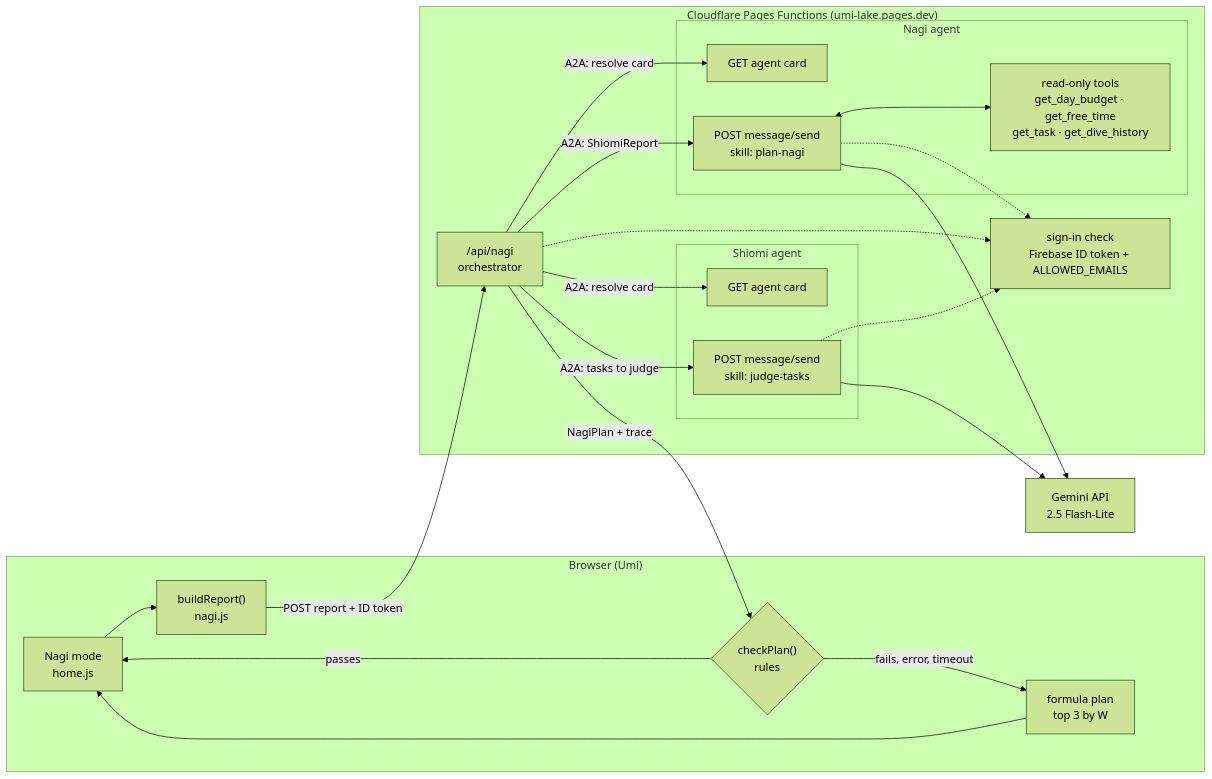
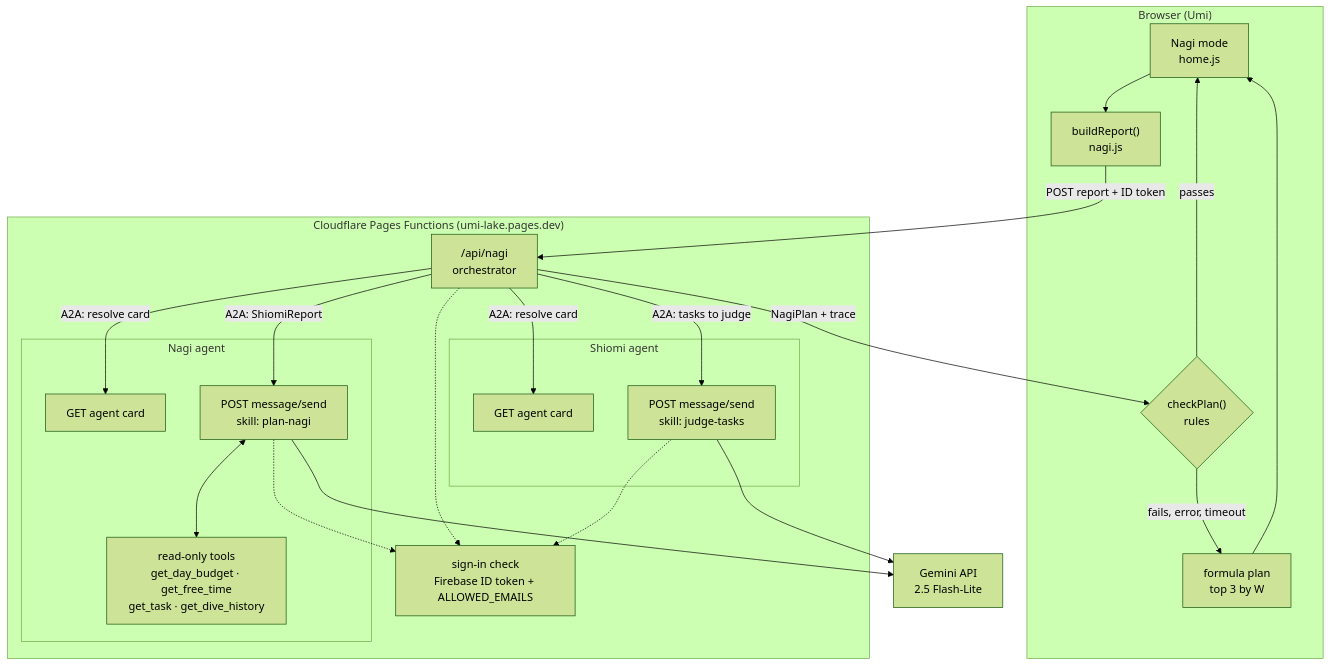
Before and after one commit to Rinkufujiwara/umi: the first of 2 diagrams in README.md, drawn with Mermaid (forest theme).

Commit message:
README: draw the agent structure top to bottom so it is readable

````diff
--- a/README.md
+++ b/README.md
@@ -60,40 +60,40 @@
 ```mermaid
-flowchart LR
+flowchart TB
   subgraph Browser["Browser (Umi)"]
     UI["Nagi mode<br/>home.js"]
     REP["buildReport()<br/>nagi.js"]
     CHK{"checkPlan()<br/>rules"}
     F["formula plan<br/>top 3 by W"]
   end
 
   subgraph Pages["Cloudflare Pages Functions (umi-lake.pages.dev)"]
     ORCH["/api/nagi<br/>orchestrator"]
     subgraph SA["Shiomi agent"]
       SC["GET agent card"]
       SJ["POST message/send<br/>skill: judge-tasks"]
     end
     subgraph NA["Nagi agent"]
       NC["GET agent card"]
       NP["POST message/send<br/>skill: plan-nagi"]
       TOOLS["read-only tools<br/>get_day_budget · get_free_time<br/>get_task · get_dive_history"]
     end
     AUTH["sign-in check<br/>Firebase ID token + ALLOWED_EMAILS"]
   end
 
   G["Gemini API<br/>2.5 Flash-Lite"]
 
   UI --> REP -->|"POST report + ID token"| ORCH
   ORCH -->|"A2A: resolve card"| SC
   ORCH -->|"A2A: tasks to judge"| SJ
   ORCH -->|"A2A: resolve card"| NC
   ORCH -->|"A2A: ShiomiReport"| NP
   NP <--> TOOLS
   SJ --> G
   NP --> G
   ORCH -.-> AUTH
   SJ -.-> AUTH
   NP -.-> AUTH
   ORCH -->|"NagiPlan + trace"| CHK
   CHK -->|passes| UI
   CHK -->|"fails, error, timeout"| F --> UI
 ```
````
